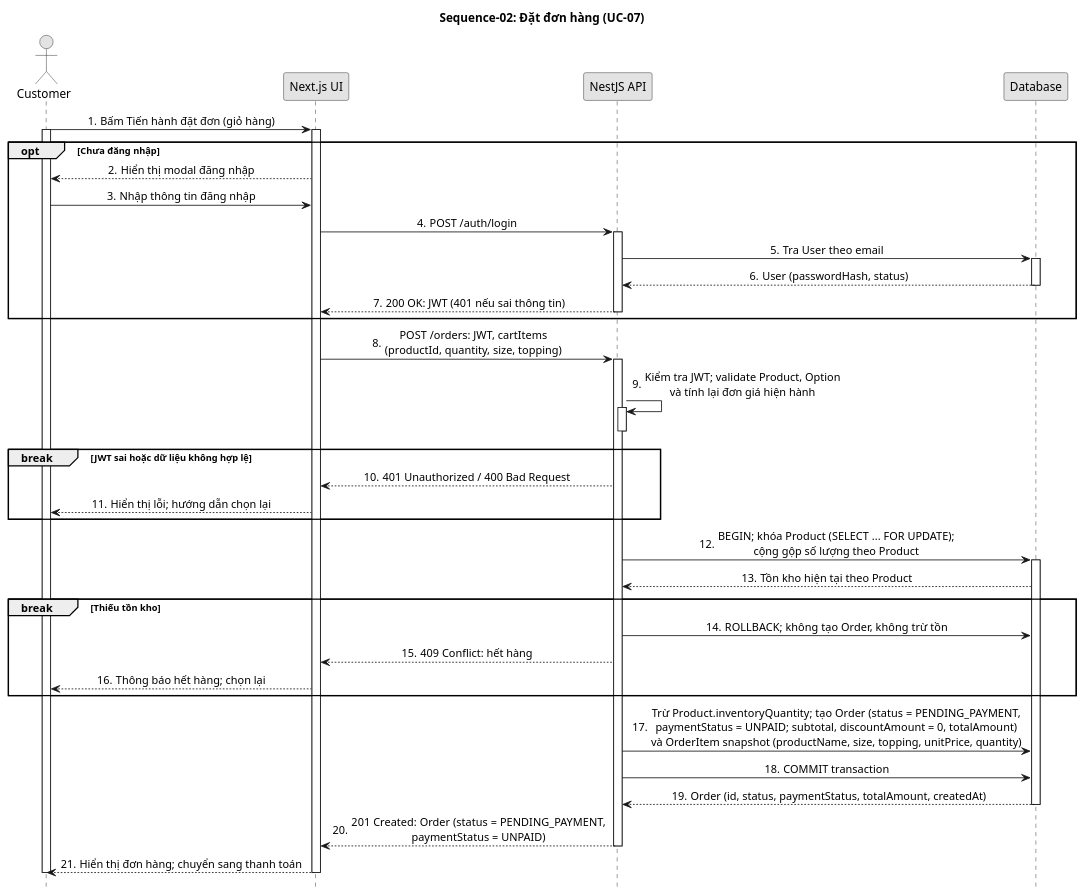
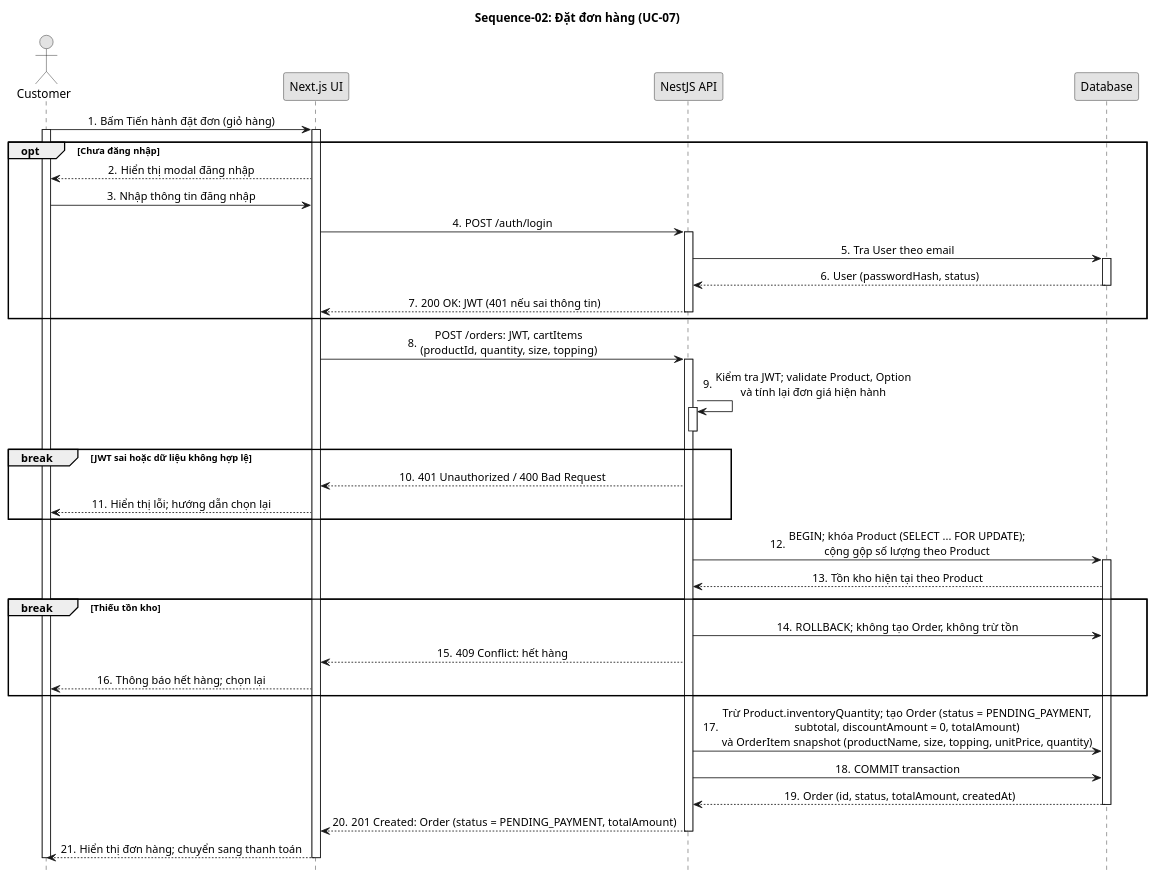
Before and after one commit to mhien06/BrewLite_A2: the diagram in docs/diagrams/sources/sequence-create-order.puml, drawn with PlantUML. The commit also changed 3 other files, not shown here.

First line of the commit message:
fix(task2.2): remove Order.paymentStatus from all 3 sequence diagrams

```diff
--- a/docs/diagrams/sources/sequence-create-order.puml
+++ b/docs/diagrams/sources/sequence-create-order.puml
@@ -1,62 +1,62 @@
 @startuml
 title Sequence-02: Đặt đơn hàng (UC-07)
 hide footbox
 skinparam monochrome true
 skinparam sequenceMessageAlign center
 skinparam responseMessageBelowArrow false
 autonumber "0."
 
 actor Customer
 participant "Next.js UI" as UI
 participant "NestJS API" as API
 participant "Database" as DB
 
 Customer -> UI: Bấm Tiến hành đặt đơn (giỏ hàng)
 activate Customer
 activate UI
 
 opt Chưa đăng nhập
   UI --> Customer: Hiển thị modal đăng nhập
   Customer -> UI: Nhập thông tin đăng nhập
   UI -> API: POST /auth/login
   activate API
   API -> DB: Tra User theo email
   activate DB
   DB --> API: User (passwordHash, status)
   deactivate DB
   API --> UI: 200 OK: JWT (401 nếu sai thông tin)
   deactivate API
 end
 
 UI -> API: POST /orders: JWT, cartItems\n(productId, quantity, size, topping)
 activate API
 
 API -> API: Kiểm tra JWT; validate Product, Option\nvà tính lại đơn giá hiện hành
 activate API
 deactivate API
 
 break JWT sai hoặc dữ liệu không hợp lệ
   API --> UI: 401 Unauthorized / 400 Bad Request
   UI --> Customer: Hiển thị lỗi; hướng dẫn chọn lại
 end
 
 API -> DB: BEGIN; khóa Product (SELECT ... FOR UPDATE);\ncộng gộp số lượng theo Product
 activate DB
 DB --> API: Tồn kho hiện tại theo Product
 
 break Thiếu tồn kho
   API -> DB: ROLLBACK; không tạo Order, không trừ tồn
   API --> UI: 409 Conflict: hết hàng
   UI --> Customer: Thông báo hết hàng; chọn lại
 end
 
-API -> DB: Trừ Product.inventoryQuantity; tạo Order (status = PENDING_PAYMENT,\npaymentStatus = UNPAID; subtotal, discountAmount = 0, totalAmount)\nvà OrderItem snapshot (productName, size, topping, unitPrice, quantity)
+API -> DB: Trừ Product.inventoryQuantity; tạo Order (status = PENDING_PAYMENT,\nsubtotal, discountAmount = 0, totalAmount)\nvà OrderItem snapshot (productName, size, topping, unitPrice, quantity)
 API -> DB: COMMIT transaction
-DB --> API: Order (id, status, paymentStatus, totalAmount, createdAt)
+DB --> API: Order (id, status, totalAmount, createdAt)
 deactivate DB
-API --> UI: 201 Created: Order (status = PENDING_PAYMENT,\npaymentStatus = UNPAID)
+API --> UI: 201 Created: Order (status = PENDING_PAYMENT, totalAmount)
 deactivate API
 UI --> Customer: Hiển thị đơn hàng; chuyển sang thanh toán
 deactivate UI
 deactivate Customer
 @enduml
```
